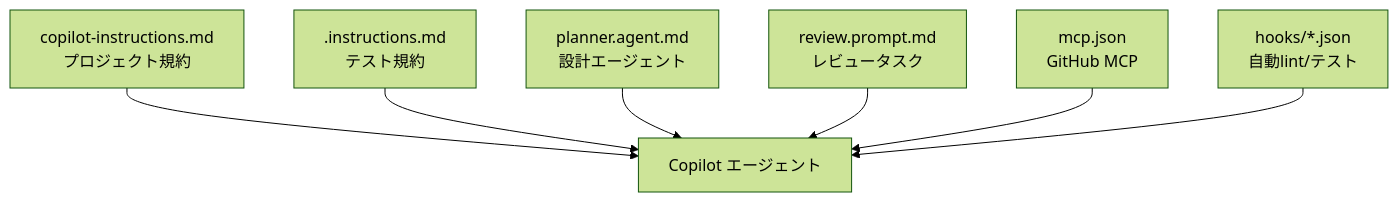
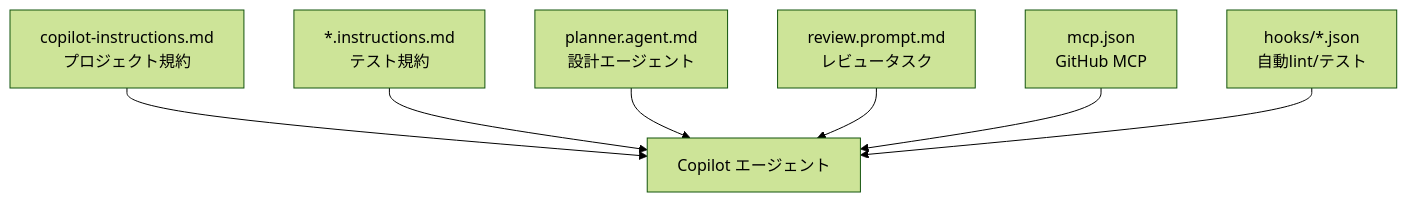
One commit to taogya/GithubCopilotCustom changed the diagram in docs/resources/diagram/06_tips_combo.mmd. Above: the diagram before and after it, drawn with Mermaid (forest theme). The commit also changed 17 other files, not shown here.

```diff
--- a/docs/resources/diagram/06_tips_combo.mmd
+++ b/docs/resources/diagram/06_tips_combo.mmd
@@ -1,13 +1,13 @@
 graph TD
     CI["copilot-instructions.md<br>プロジェクト規約"] --> Agent["Copilot エージェント"]
-    INS[".instructions.md<br>テスト規約"] --> Agent
+    INS["*.instructions.md<br>テスト規約"] --> Agent
     PA["planner.agent.md<br>設計エージェント"] --> Agent
     PR["review.prompt.md<br>レビュータスク"] --> Agent
     MCP["mcp.json<br>GitHub MCP"] --> Agent
     HK["hooks/*.json<br>自動lint/テスト"] --> Agent
 
     class CI,INS blue
     class PA green
     class PR amber
     class MCP,HK pink
     class Agent purple
```
